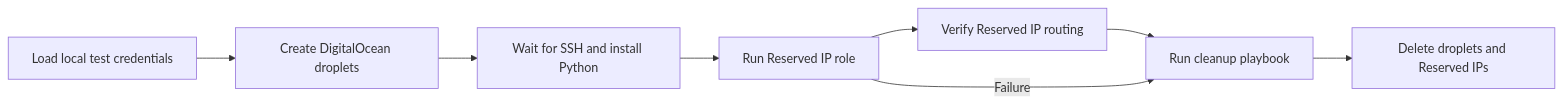
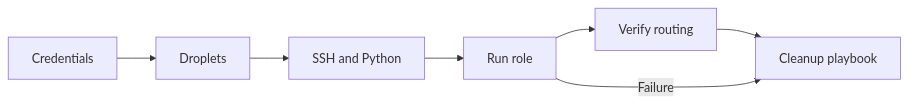
The first of 2 diagrams in docs/testing.md (inviqa/ansible-digitalocean-reserved-ip), drawn with Mermaid before and after one commit. The commit also changed other lines of this file and 13 other files, not shown here.

````diff
--- a/docs/testing.md
+++ b/docs/testing.md
@@ -170,12 +216,9 @@
 ```mermaid
 flowchart LR
-  accTitle: DigitalOcean Reserved IP live-test flow
-  accDescr: Shows the Workspace live-test sequence from setup through cleanup.
-  setup["Load local test credentials"] --> provision["Create DigitalOcean droplets"]
-  provision --> ssh["Wait for SSH and install Python"]
-  ssh --> role["Run Reserved IP role"]
-  role --> verify["Verify Reserved IP routing"]
-  verify --> cleanup["Run cleanup playbook"]
+  setup["Credentials"] --> provision["Droplets"]
+  provision --> prepare["SSH and Python"]
+  prepare --> role["Run role"]
+  role --> verify["Verify routing"]
+  verify --> cleanup["Cleanup playbook"]
   role -->|Failure| cleanup
-  cleanup --> droplets["Delete droplets and Reserved IPs"]
 ```
````
